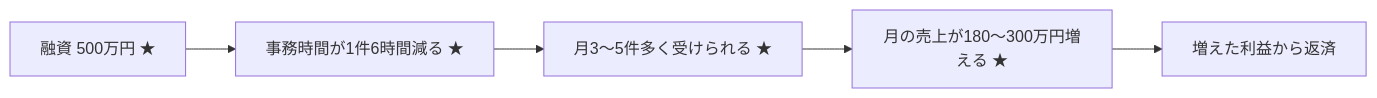
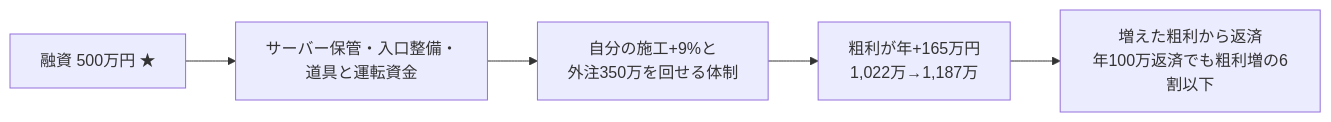
The ninth of 11 diagrams in docs/revo-os/08_事業計画/事業計画書.md (ytkd1026-bit/genba-jimu-support), drawn with Mermaid before and after one commit. The commit also changed other lines of this file and 5 other files, not shown here.

````diff
--- a/docs/revo-os/08_事業計画/事業計画書.md
+++ b/docs/revo-os/08_事業計画/事業計画書.md
@@ -393,7 +416,7 @@
 ```mermaid
 graph LR
-  A["融資 500万円 ★"] --> B["事務時間が1件6時間減る ★"]
-  B --> C["月3〜5件多く受けられる ★"]
-  C --> D["月の売上が180〜300万円増える ★"]
-  D --> E["増えた利益から返済"]
+  A["融資 500万円 ★"] --> B["サーバー保管・入口整備・<br/>道具と運転資金"]
+  B --> C["自分の施工+9%と<br/>外注350万を回せる体制"]
+  C --> D["粗利が年+165万円<br/>1,022万→1,187万"]
+  D --> E["増えた粗利から返済<br/>年100万返済でも粗利増の6割以下"]
 ```
````
